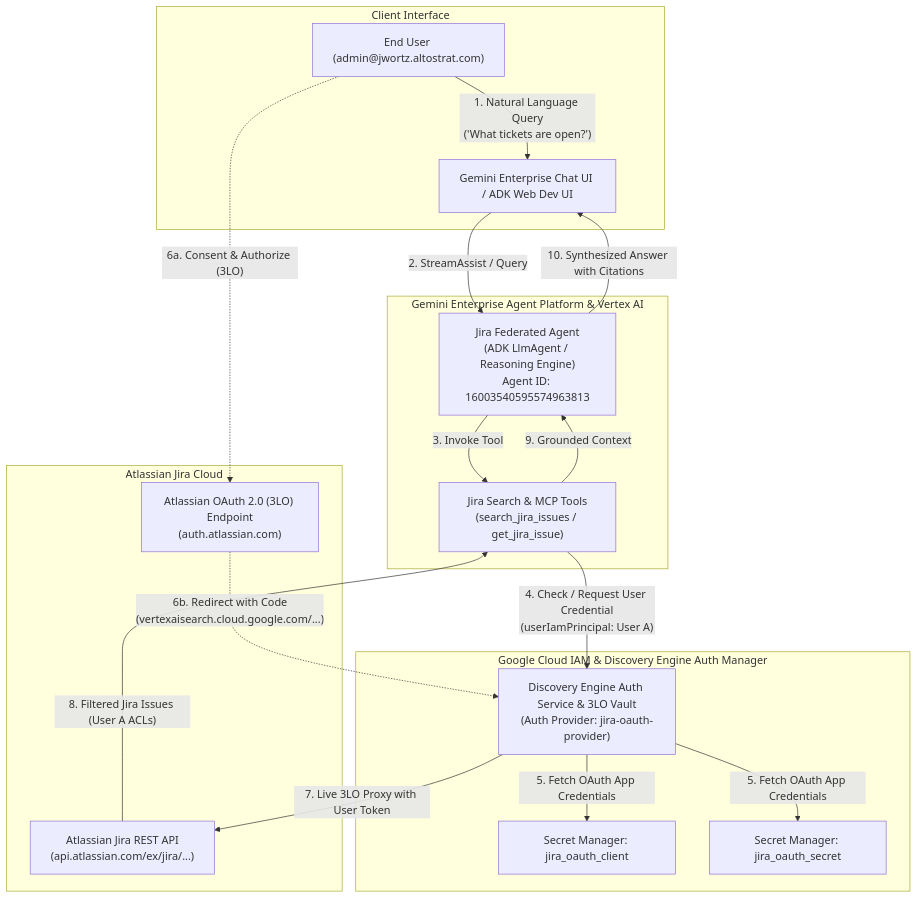
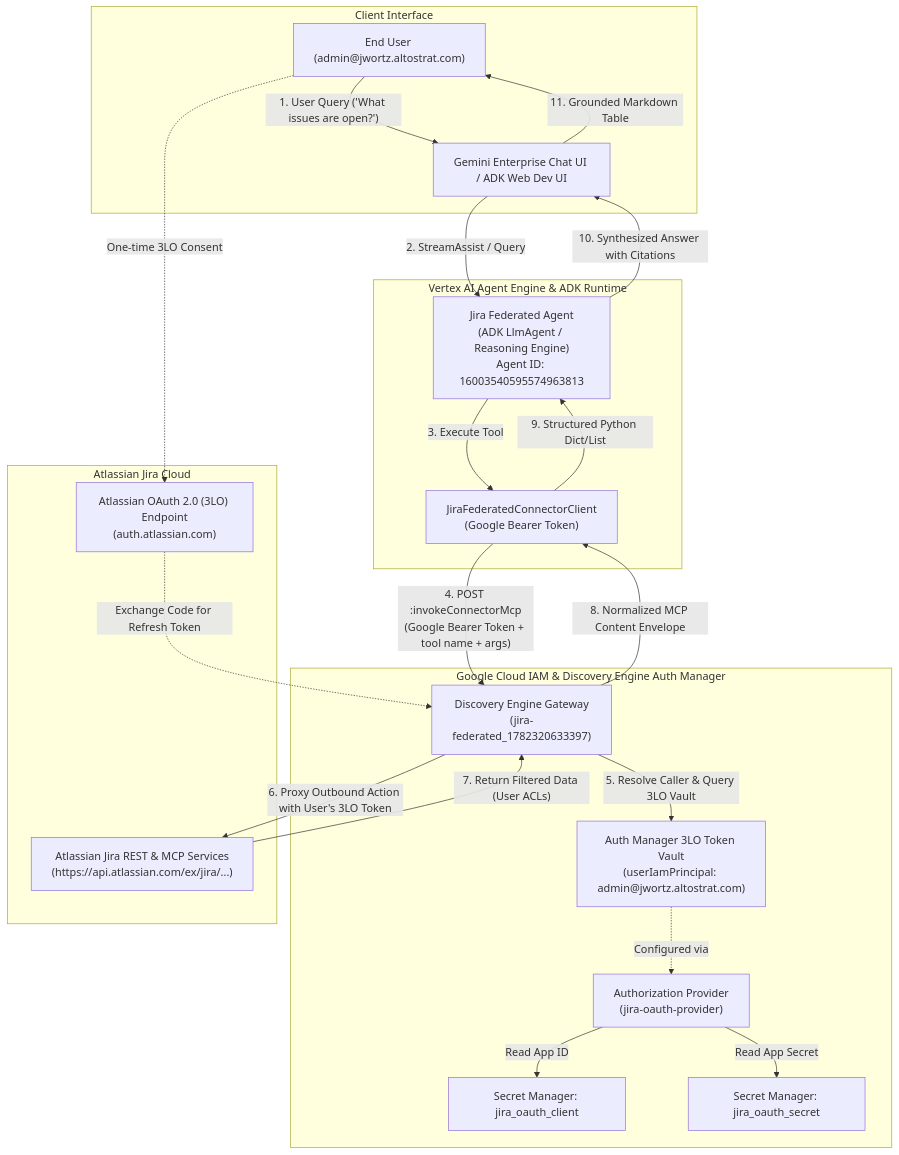
Before and after one commit to jswortz/gemini-jira-federated: the first of 3 diagrams in README.md, drawn with Mermaid. The commit also changed other lines of this file and 1 other file, not shown here.

Commit message:
docs: add Auth Manager integration details, updated architecture diagrams, and required Google Cloud APIs

````diff
--- a/README.md
+++ b/README.md
@@ -18,38 +18,46 @@
 ```mermaid
 flowchart TD
     subgraph Client["Client Interface"]
         User["End User (admin@jwortz.altostrat.com)"]
         ChatUI["Gemini Enterprise Chat UI / ADK Web Dev UI"]
-        User -->|"1. Natural Language Query\n('What tickets are open?')"| ChatUI
+        User -->|"1. User Query ('What issues are open?')"| ChatUI
     end
 
-    subgraph AgentPlatform["Gemini Enterprise Agent Platform & Vertex AI"]
+    subgraph AgentPlatform["Vertex AI Agent Engine & ADK Runtime"]
         Agent["Jira Federated Agent\n(ADK LlmAgent / Reasoning Engine)\nAgent ID: 16003540595574963813"]
         ChatUI -->|"2. StreamAssist / Query"| Agent
-        AgentTool["Jira Search & MCP Tools\n(search_jira_issues / get_jira_issue)"]
-        Agent -->|"3. Invoke Tool"| AgentTool
+        AgentClient["JiraFederatedConnectorClient\n(Google Bearer Token)"]
+        Agent -->|"3. Execute Tool"| AgentClient
     end
 
     subgraph GoogleIAM["Google Cloud IAM & Discovery Engine Auth Manager"]
-        AuthManager["Discovery Engine Auth Service & 3LO Vault\n(Auth Provider: jira-oauth-provider)"]
-        AgentTool -->|"4. Check / Request User Credential\n(userIamPrincipal: User A)"| AuthManager
+        DE["Discovery Engine Gateway\n(jira-federated_1782320633397)"]
+        AgentClient -->|"4. POST :invokeConnectorMcp\n(Google Bearer Token + tool name + args)"| DE
+        
+        AuthVault["Auth Manager 3LO Token Vault\n(userIamPrincipal: admin@jwortz.altostrat.com)"]
+        DE -->|"5. Resolve Caller & Query 3LO Vault"| AuthVault
+        
+        AuthProvider["Authorization Provider\n(jira-oauth-provider)"]
+        AuthVault -.->|"Configured via"| AuthProvider
         
         SMClient["Secret Manager: jira_oauth_client"]
         SMSecret["Secret Manager: jira_oauth_secret"]
-        AuthManager -->|"5. Fetch OAuth App Credentials"| SMClient
-        AuthManager -->|"5. Fetch OAuth App Credentials"| SMSecret
+        AuthProvider -->|"Read App ID"| SMClient
+        AuthProvider -->|"Read App Secret"| SMSecret
     end
 
     subgraph AtlassianCloud["Atlassian Jira Cloud"]
         AtlassianAuth["Atlassian OAuth 2.0 (3LO) Endpoint\n(auth.atlassian.com)"]
-        AtlassianAPI["Atlassian Jira REST API\n(api.atlassian.com/ex/jira/...)"]
+        AtlassianJira["Atlassian Jira REST & MCP Services\n(https://api.atlassian.com/ex/jira/...)"]
         
-        User -.->|"6a. Consent & Authorize (3LO)"| AtlassianAuth
-        AtlassianAuth -.->|"6b. Redirect with Code\n(vertexaisearch.cloud.google.com/...)"| AuthManager
-        AuthManager -->|"7. Live 3LO Proxy with User Token"| AtlassianAPI
+        User -.->|"One-time 3LO Consent"| AtlassianAuth
+        AtlassianAuth -.->|"Exchange Code for Refresh Token"| DE
+        DE -->|"6. Proxy Outbound Action with User's 3LO Token"| AtlassianJira
+        AtlassianJira -->|"7. Return Filtered Data (User ACLs)"| DE
     end
 
-    AtlassianAPI -->|"8. Filtered Jira Issues (User A ACLs)"| AgentTool
-    AgentTool -->|"9. Grounded Context"| Agent
+    DE -->|"8. Normalized MCP Content Envelope"| AgentClient
+    AgentClient -->|"9. Structured Python Dict/List"| Agent
     Agent -->|"10. Synthesized Answer with Citations"| ChatUI
+    ChatUI -->|"11. Grounded Markdown Table"| User
 ```
````
